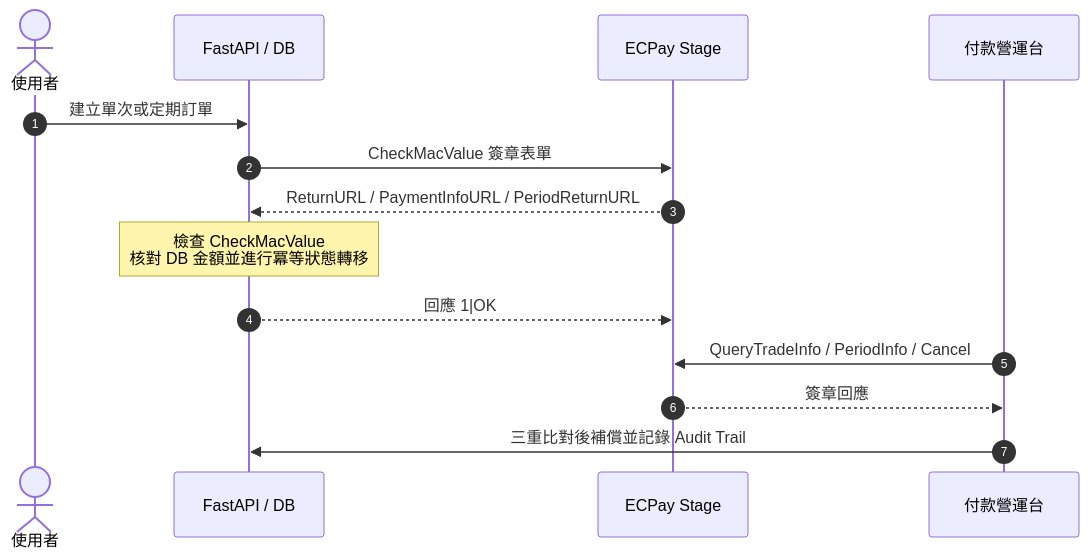
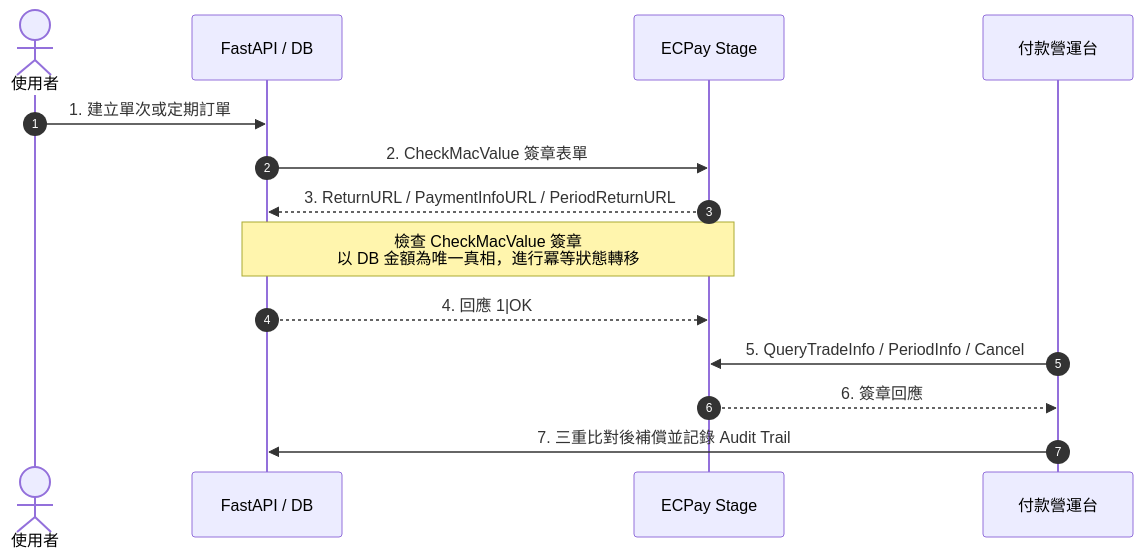
Before and after one commit to kuotunyu/twpay-payment-lifecycle: the diagram in README.md, drawn with Mermaid.

Commit message:
docs: boost sequence diagram font size and add step numbers

````diff
--- a/README.md
+++ b/README.md
@@ -30,16 +30,17 @@
 ```mermaid
+%%{init: {'themeVariables': {'fontSize': '22px', 'actorFontSize': '20px', 'messageFontSize': '18px', 'noteFontSize': '18px'}}}%%
 sequenceDiagram
     autonumber
     actor User as 使用者
     participant App as FastAPI / DB
     participant ECPay as ECPay Stage
     participant Ops as 付款營運台
-    User->>App: 建立單次或定期訂單
-    App->>ECPay: CheckMacValue 簽章表單
-    ECPay-->>App: ReturnURL / PaymentInfoURL / PeriodReturnURL
-    Note over App: 檢查 CheckMacValue<br/>核對 DB 金額並進行冪等狀態轉移
-    App-->>ECPay: 回應 1|OK
-    Ops->>ECPay: QueryTradeInfo / PeriodInfo / Cancel
-    ECPay-->>Ops: 簽章回應
-    Ops->>App: 三重比對後補償並記錄 Audit Trail
+    User->>App: 1. 建立單次或定期訂單
+    App->>ECPay: 2. CheckMacValue 簽章表單
+    ECPay-->>App: 3. ReturnURL / PaymentInfoURL / PeriodReturnURL
+    Note over App,ECPay: 檢查 CheckMacValue 簽章<br/>以 DB 金額為唯一真相，進行冪等狀態轉移
+    App-->>ECPay: 4. 回應 1|OK
+    Ops->>ECPay: 5. QueryTradeInfo / PeriodInfo / Cancel
+    ECPay-->>Ops: 6. 簽章回應
+    Ops->>App: 7. 三重比對後補償並記錄 Audit Trail
 ```
````
